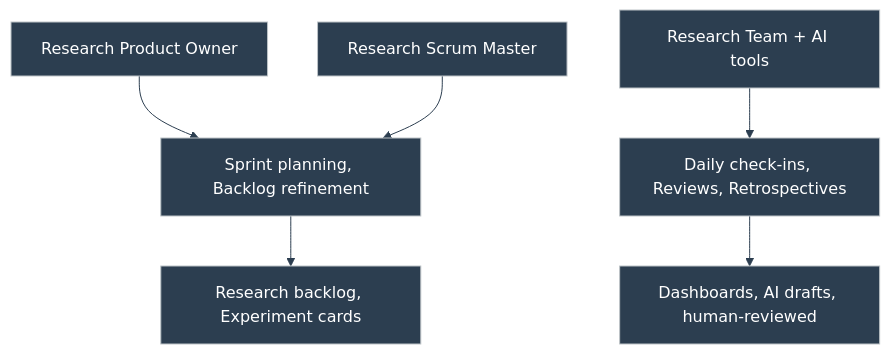
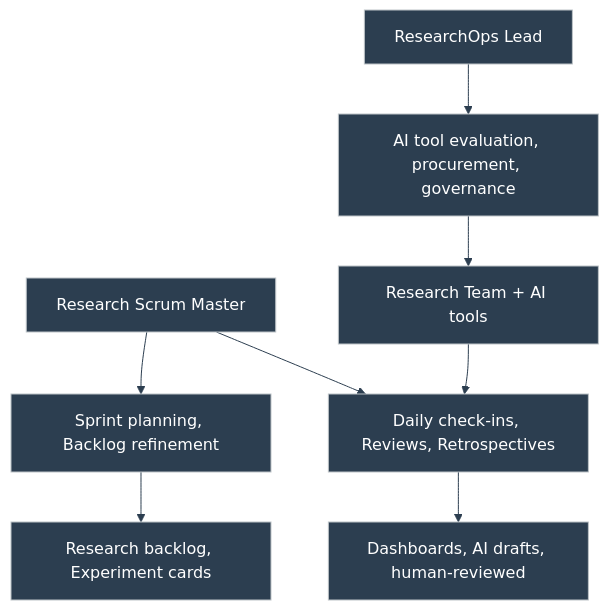
The ninth of 12 diagrams in portfolio/mermaid/diagrams.md (duducm2/my-personal-repo), drawn with Mermaid before and after one commit. The commit also changed other lines of this file, not shown here.

Commit message:
Enhance Mermaid diagram for AI and Agile in Research by adding narrative context and new nodes for ResearchOps Lead and AI tool governance. Update flowchart connections for improved clarity in team roles and processes.

````diff
--- a/portfolio/mermaid/diagrams.md
+++ b/portfolio/mermaid/diagrams.md
@@ -160,16 +162,19 @@
 ```mermaid
 %%{init: {'theme': 'base', 'themeVariables': { 'primaryColor': '#2c3e50', 'primaryTextColor': '#fff', 'primaryBorderColor': '#bdc3c7', 'lineColor': '#2c3e50', 'fontFamily': 'Lato', 'subgraphBg': 'transparent', 'subgraphBorder': '#bdc3c7'}}}%%
 flowchart TD
-  RPO["Research Product Owner"]
   RSM["Research Scrum Master"]
+  ROL["ResearchOps Lead"]
   RT["Research Team + AI tools"]
   C1["Sprint planning, Backlog refinement"]
   C2["Daily check-ins, Reviews, Retrospectives"]
+  C3["AI tool evaluation, procurement, governance"]
   A1["Research backlog, Experiment cards"]
   A2["Dashboards, AI drafts, human-reviewed"]
-  RPO --> C1
   RSM --> C1
+  RSM --> C2
+  ROL --> C3
+  C3 --> RT
   RT --> C2
   C1 --> A1
   C2 --> A2
 ```
````
